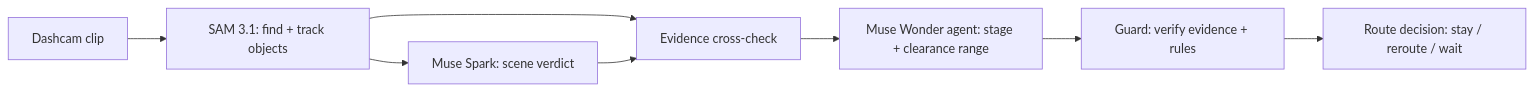
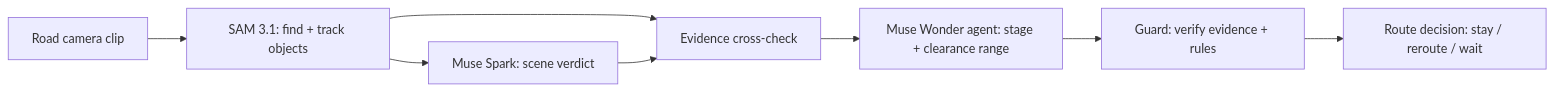
Before and after one commit to ChaitanyaReddy01/daari-sentinel: the diagram in README.md, drawn with Mermaid. The commit also changed other lines of this file and 4 other files, not shown here.

Commit message:
Oct 28 · Step 7b: road-camera wording, stop-and-wait fix

````diff
--- a/README.md
+++ b/README.md
@@ -17,10 +17,10 @@
 ```mermaid
 flowchart LR
-    A[Dashcam clip] --> B[SAM 3.1: find + track objects]
+    A[Road camera clip] --> B[SAM 3.1: find + track objects]
     B --> C[Muse Spark: scene verdict]
     B --> D[Evidence cross-check]
     C --> D
     D --> E[Muse Wonder agent: stage + clearance range]
     E --> F[Guard: verify evidence + rules]
     F --> G[Route decision: stay / reroute / wait]
 ```
````
